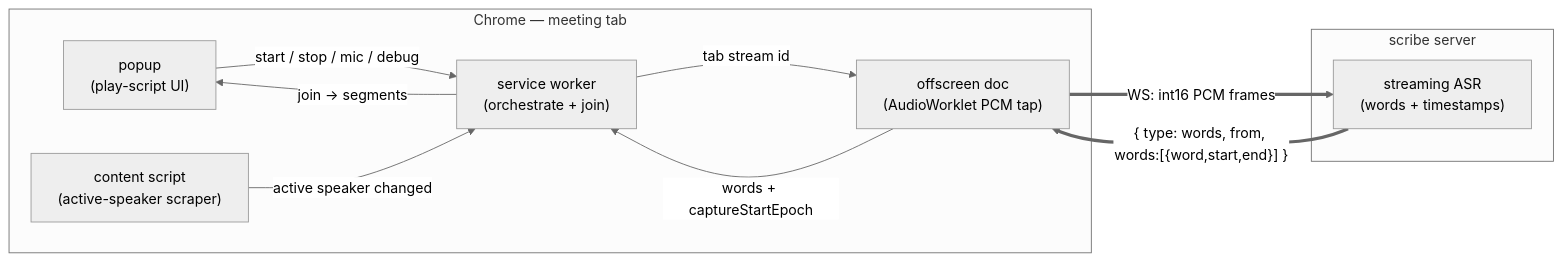
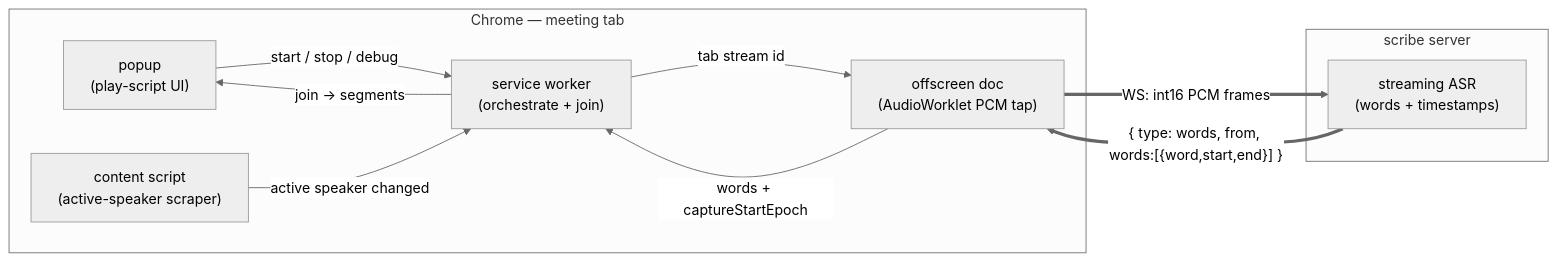
Before and after one commit to xav-ie/scribe: the diagram in extension/README.md, drawn with Mermaid (neutral theme). The commit also changed other lines of this file and 9 other files, not shown here.

````diff
--- a/extension/README.md
+++ b/extension/README.md
@@ -34,21 +34,21 @@
 ```mermaid
 flowchart LR
     subgraph chrome["Chrome — meeting tab"]
         pop["popup<br/>(play-script UI)"]
         sw["service worker<br/>(orchestrate + join)"]
         off["offscreen doc<br/>(AudioWorklet PCM tap)"]
         cs["content script<br/>(active-speaker scraper)"]
     end
 
     subgraph svc["scribe server"]
         asr["streaming ASR<br/>(words + timestamps)"]
     end
 
-    pop -- "start / stop / mic / debug" --> sw
+    pop -- "start / stop / debug" --> sw
     sw -- "tab stream id" --> off
     off == "WS: int16 PCM frames" ==> asr
     asr == "{ type: words, from, words:[{word,start,end}] }" ==> off
     off -- "words + captureStartEpoch" --> sw
     cs -- "active speaker changed" --> sw
     sw -- "join → segments" --> pop
 ```
````
